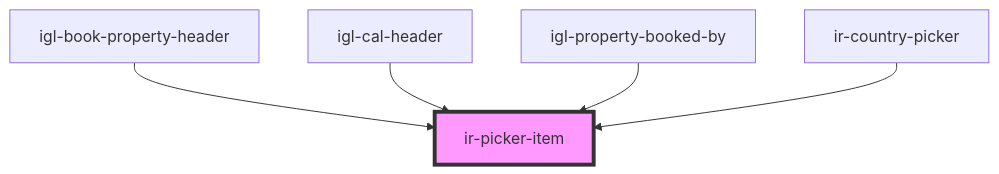
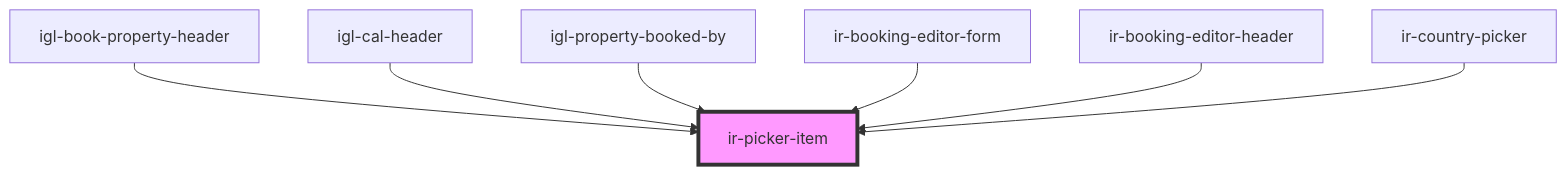
Before and after one commit to David1Chowaifaty/modified-ir-webcmp: the diagram in src/components/ui/ir-picker/ir-picker-item/readme.md, drawn with Mermaid. The commit also changed other lines of this file and 56 other files, not shown here.

First line of the commit message:
Enhance IrBookingEditor and related components with new validation and input handling

````diff
--- a/src/components/ui/ir-picker/ir-picker-item/readme.md
+++ b/src/components/ui/ir-picker/ir-picker-item/readme.md
@@ -37,8 +39,10 @@
 ```mermaid
 graph TD;
   igl-book-property-header --> ir-picker-item
   igl-cal-header --> ir-picker-item
   igl-property-booked-by --> ir-picker-item
+  ir-booking-editor-form --> ir-picker-item
+  ir-booking-editor-header --> ir-picker-item
   ir-country-picker --> ir-picker-item
   style ir-picker-item fill:#f9f,stroke:#333,stroke-width:4px
 ```
````
